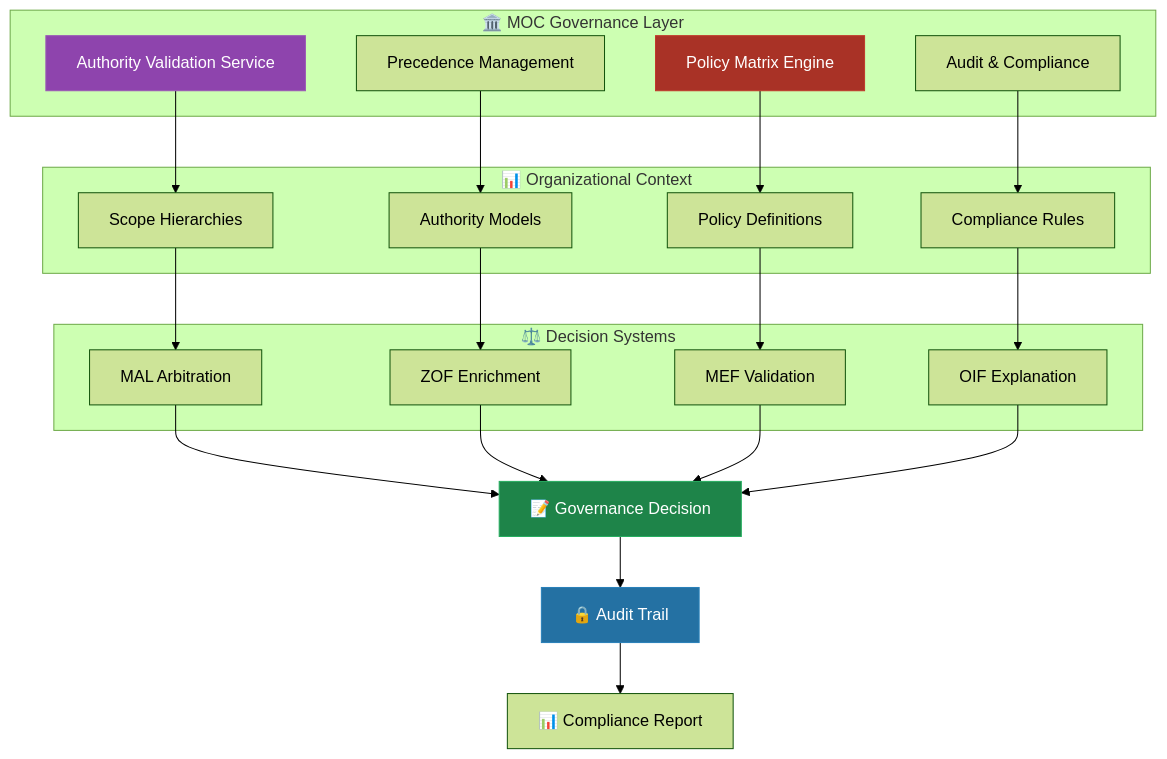
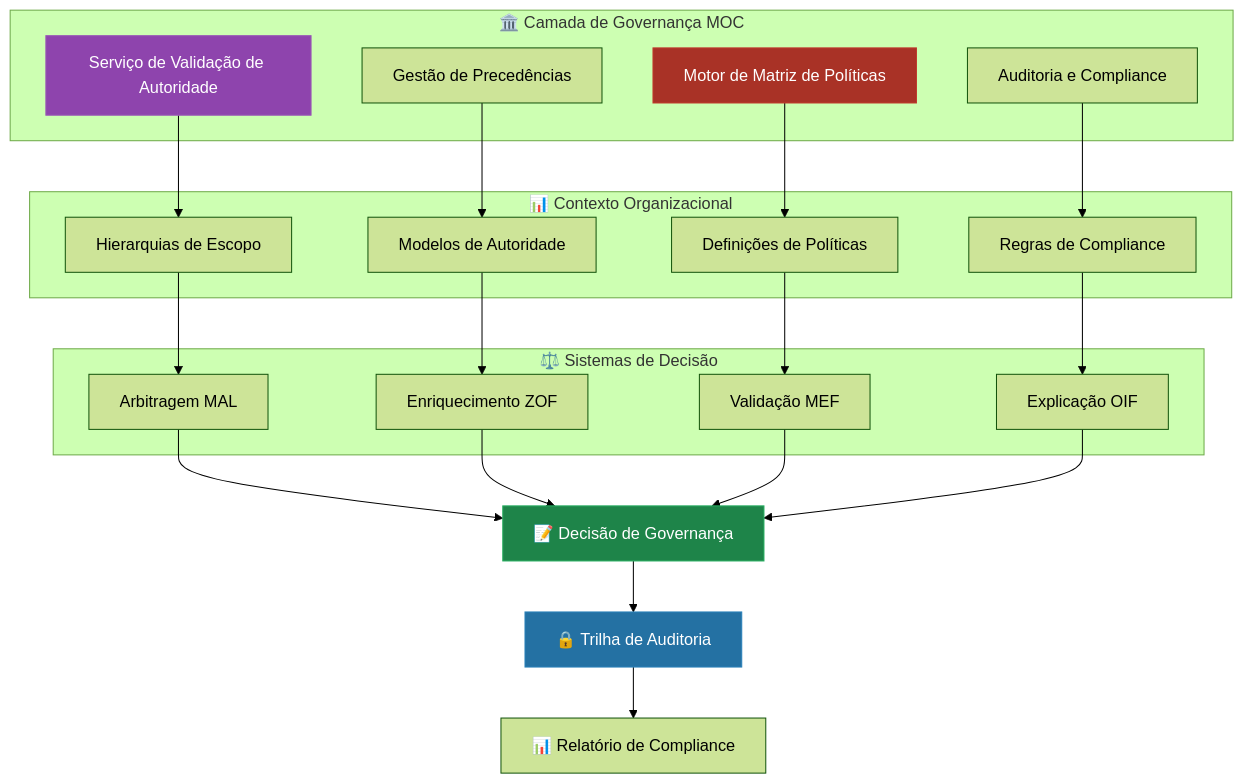
Before and after one commit to casheiro/matrix-protocol: the first of 4 diagrams in content/pt/docs/manual/moc-governance.md, drawn with Mermaid (forest theme). The commit also changed 5 other files, not shown here.

````diff
--- a/content/pt/docs/manual/moc-governance.md
+++ b/content/pt/docs/manual/moc-governance.md
@@ -38,47 +38,47 @@
 ```mermaid
 graph TB
-    subgraph "🏛️ MOC Governance Layer"
-        A[Authority Validation Service]
-        B[Precedence Management]
-        C[Policy Matrix Engine]
-        D[Audit & Compliance]
+    subgraph "🏛️ Camada de Governança MOC"
+        A[Serviço de Validação de Autoridade]
+        B[Gestão de Precedências]
+        C[Motor de Matriz de Políticas]
+        D[Auditoria e Compliance]
     end
     
-    subgraph "📊 Organizational Context"
-        E[Scope Hierarchies]
-        F[Authority Models]
-        G[Policy Definitions]
-        H[Compliance Rules]
+    subgraph "📊 Contexto Organizacional"
+        E[Hierarquias de Escopo]
+        F[Modelos de Autoridade]
+        G[Definições de Políticas]
+        H[Regras de Compliance]
     end
     
-    subgraph "⚖️ Decision Systems"
-        I[MAL Arbitration]
-        J[ZOF Enrichment]
-        K[MEF Validation]
-        L[OIF Explanation]
+    subgraph "⚖️ Sistemas de Decisão"
+        I[Arbitragem MAL]
+        J[Enriquecimento ZOF]
+        K[Validação MEF]
+        L[Explicação OIF]
     end
     
     A --> E
     B --> F
     C --> G
     D --> H
     
     E --> I
     F --> J
     G --> K
     H --> L
     
-    I --> M[📝 Governance Decision]
+    I --> M[📝 Decisão de Governança]
     J --> M
     K --> M
     L --> M
     
-    M --> N[🔒 Audit Trail]
-    N --> O[📊 Compliance Report]
+    M --> N[🔒 Trilha de Auditoria]
+    N --> O[📊 Relatório de Compliance]
     
     %% Estilização MOC Governance - Hierarquia clara
     style A fill:#8E44AD,stroke:#9B59B6,color:#fff
     style C fill:#A93226,stroke:#C0392B,color:#fff
     style M fill:#1E8449,stroke:#27AE60,color:#fff
     style N fill:#2471A3,stroke:#2980B9,color:#fff
 ```
````
